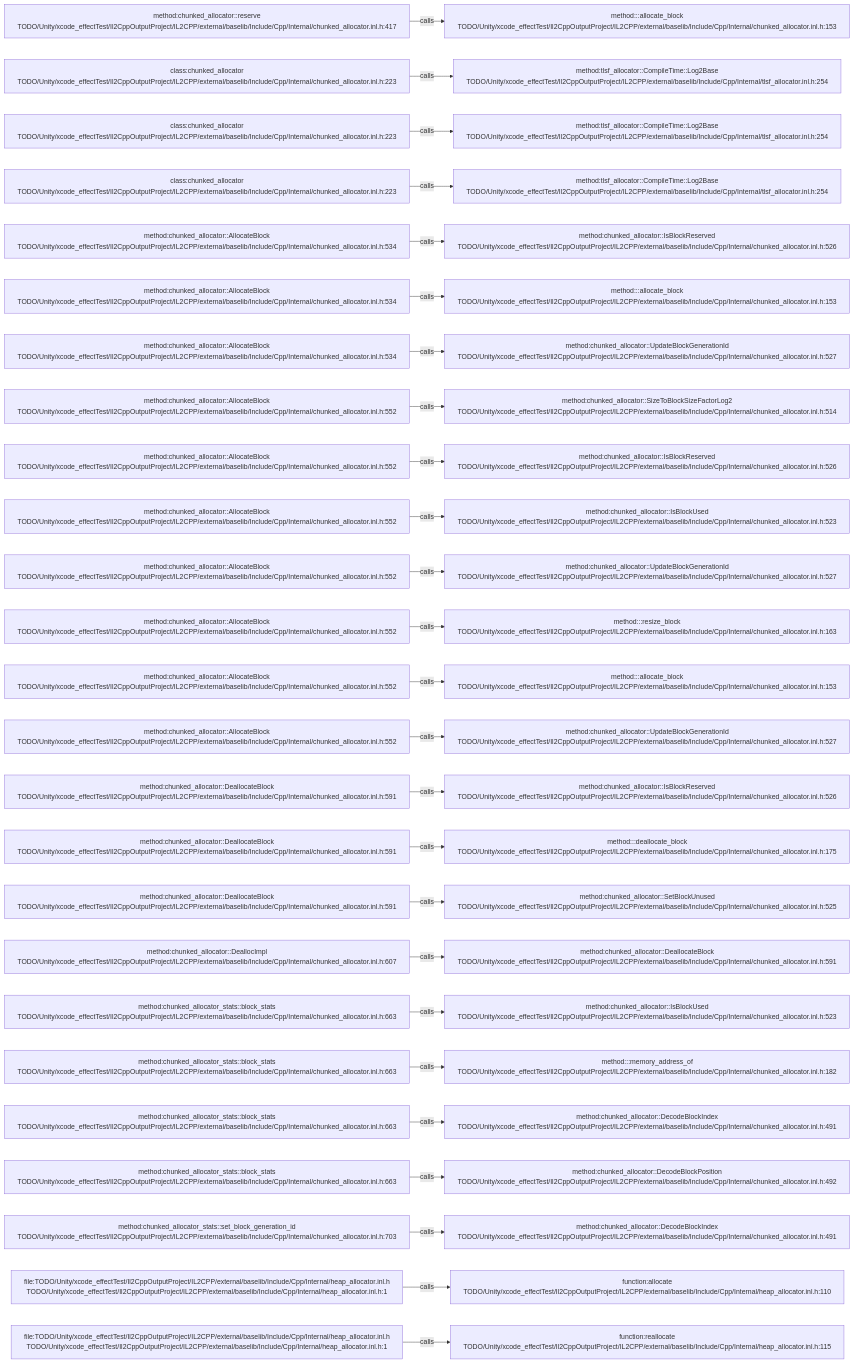
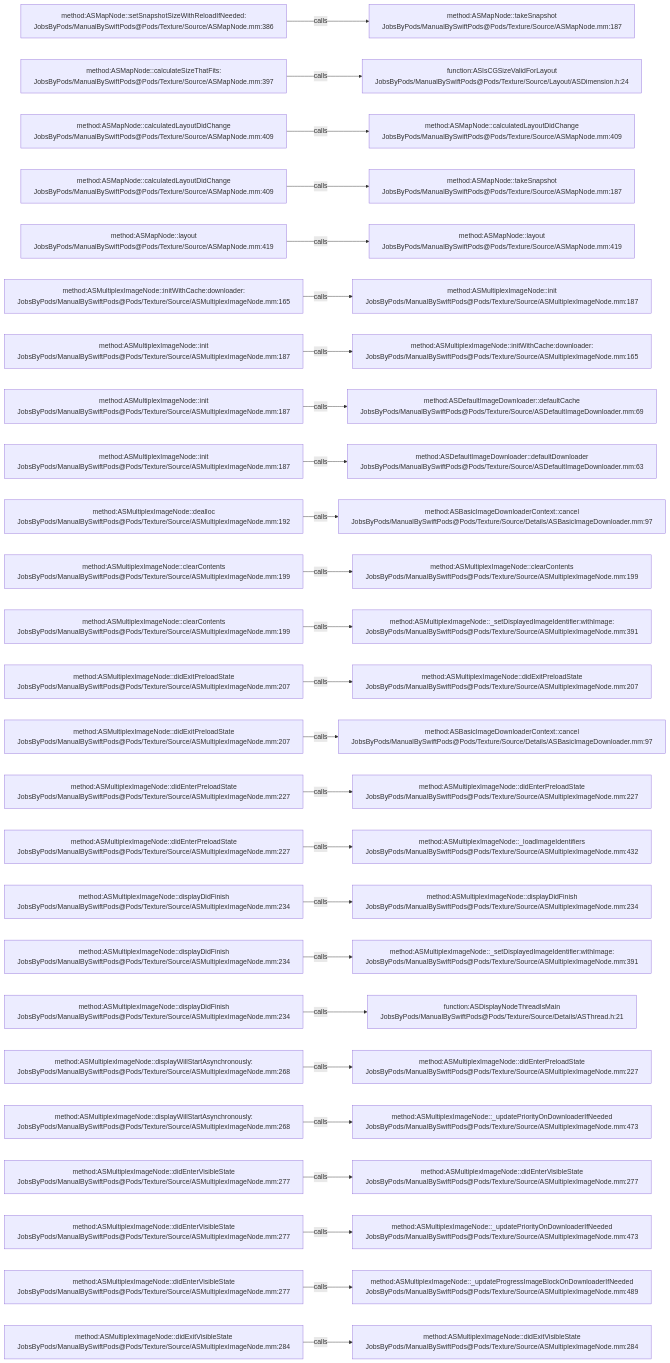
One commit to JobsKits/JobsSwiftBaseConfigDemo changed the diagram in .codegraph/codegraph.md/graphs/calls-065.md. Above: the diagram before and after it, drawn with Mermaid. The commit also changed 2959 other files, not shown here.

````diff
--- a/.codegraph/codegraph.md/graphs/calls-065.md
+++ b/.codegraph/codegraph.md/graphs/calls-065.md
@@ -13,78 +13,78 @@
 ```mermaid
 flowchart LR
-  S1["method:chunked_allocator::reserve<br/>TODO/Unity/xcode_effectTest/Il2CppOutputProject/IL2CPP/external/baselib/Include/Cpp/Internal/chunked_allocator.inl.h:417"]
-  T1["method:<anonymous>::allocate_block<br/>TODO/Unity/xcode_effectTest/Il2CppOutputProject/IL2CPP/external/baselib/Include/Cpp/Internal/chunked_allocator.inl.h:153"]
+  S1["method:ASMapNode::setSnapshotSizeWithReloadIfNeeded:<br/>JobsByPods/ManualBySwiftPods@Pods/Texture/Source/ASMapNode.mm:386"]
+  T1["method:ASMapNode::takeSnapshot<br/>JobsByPods/ManualBySwiftPods@Pods/Texture/Source/ASMapNode.mm:187"]
   S1 -->|calls| T1
-  S2["class:chunked_allocator<br/>TODO/Unity/xcode_effectTest/Il2CppOutputProject/IL2CPP/external/baselib/Include/Cpp/Internal/chunked_allocator.inl.h:223"]
-  T2["method:tlsf_allocator::CompileTime::Log2Base<br/>TODO/Unity/xcode_effectTest/Il2CppOutputProject/IL2CPP/external/baselib/Include/Cpp/Internal/tlsf_allocator.inl.h:254"]
+  S2["method:ASMapNode::calculateSizeThatFits:<br/>JobsByPods/ManualBySwiftPods@Pods/Texture/Source/ASMapNode.mm:397"]
+  T2["function:ASIsCGSizeValidForLayout<br/>JobsByPods/ManualBySwiftPods@Pods/Texture/Source/Layout/ASDimension.h:24"]
   S2 -->|calls| T2
-  S3["class:chunked_allocator<br/>TODO/Unity/xcode_effectTest/Il2CppOutputProject/IL2CPP/external/baselib/Include/Cpp/Internal/chunked_allocator.inl.h:223"]
-  T3["method:tlsf_allocator::CompileTime::Log2Base<br/>TODO/Unity/xcode_effectTest/Il2CppOutputProject/IL2CPP/external/baselib/Include/Cpp/Internal/tlsf_allocator.inl.h:254"]
+  S3["method:ASMapNode::calculatedLayoutDidChange<br/>JobsByPods/ManualBySwiftPods@Pods/Texture/Source/ASMapNode.mm:409"]
+  T3["method:ASMapNode::calculatedLayoutDidChange<br/>JobsByPods/ManualBySwiftPods@Pods/Texture/Source/ASMapNode.mm:409"]
   S3 -->|calls| T3
-  S4["class:chunked_allocator<br/>TODO/Unity/xcode_effectTest/Il2CppOutputProject/IL2CPP/external/baselib/Include/Cpp/Internal/chunked_allocator.inl.h:223"]
-  T4["method:tlsf_allocator::CompileTime::Log2Base<br/>TODO/Unity/xcode_effectTest/Il2CppOutputProject/IL2CPP/external/baselib/Include/Cpp/Internal/tlsf_allocator.inl.h:254"]
+  S4["method:ASMapNode::calculatedLayoutDidChange<br/>JobsByPods/ManualBySwiftPods@Pods/Texture/Source/ASMapNode.mm:409"]
+  T4["method:ASMapNode::takeSnapshot<br/>JobsByPods/ManualBySwiftPods@Pods/Texture/Source/ASMapNode.mm:187"]
   S4 -->|calls| T4
-  S5["method:chunked_allocator::AllocateBlock<br/>TODO/Unity/xcode_effectTest/Il2CppOutputProject/IL2CPP/external/baselib/Include/Cpp/Internal/chunked_allocator.inl.h:534"]
-  T5["method:chunked_allocator::IsBlockReserved<br/>TODO/Unity/xcode_effectTest/Il2CppOutputProject/IL2CPP/external/baselib/Include/Cpp/Internal/chunked_allocator.inl.h:526"]
+  S5["method:ASMapNode::layout<br/>JobsByPods/ManualBySwiftPods@Pods/Texture/Source/ASMapNode.mm:419"]
+  T5["method:ASMapNode::layout<br/>JobsByPods/ManualBySwiftPods@Pods/Texture/Source/ASMapNode.mm:419"]
   S5 -->|calls| T5
-  S6["method:chunked_allocator::AllocateBlock<br/>TODO/Unity/xcode_effectTest/Il2CppOutputProject/IL2CPP/external/baselib/Include/Cpp/Internal/chunked_allocator.inl.h:534"]
-  T6["method:<anonymous>::allocate_block<br/>TODO/Unity/xcode_effectTest/Il2CppOutputProject/IL2CPP/external/baselib/Include/Cpp/Internal/chunked_allocator.inl.h:153"]
+  S6["method:ASMultiplexImageNode::initWithCache:downloader:<br/>JobsByPods/ManualBySwiftPods@Pods/Texture/Source/ASMultiplexImageNode.mm:165"]
+  T6["method:ASMultiplexImageNode::init<br/>JobsByPods/ManualBySwiftPods@Pods/Texture/Source/ASMultiplexImageNode.mm:187"]
   S6 -->|calls| T6
-  S7["method:chunked_allocator::AllocateBlock<br/>TODO/Unity/xcode_effectTest/Il2CppOutputProject/IL2CPP/external/baselib/Include/Cpp/Internal/chunked_allocator.inl.h:534"]
-  T7["method:chunked_allocator::UpdateBlockGenerationId<br/>TODO/Unity/xcode_effectTest/Il2CppOutputProject/IL2CPP/external/baselib/Include/Cpp/Internal/chunked_allocator.inl.h:527"]
+  S7["method:ASMultiplexImageNode::init<br/>JobsByPods/ManualBySwiftPods@Pods/Texture/Source/ASMultiplexImageNode.mm:187"]
+  T7["method:ASMultiplexImageNode::initWithCache:downloader:<br/>JobsByPods/ManualBySwiftPods@Pods/Texture/Source/ASMultiplexImageNode.mm:165"]
   S7 -->|calls| T7
-  S8["method:chunked_allocator::AllocateBlock<br/>TODO/Unity/xcode_effectTest/Il2CppOutputProject/IL2CPP/external/baselib/Include/Cpp/Internal/chunked_allocator.inl.h:552"]
-  T8["method:chunked_allocator::SizeToBlockSizeFactorLog2<br/>TODO/Unity/xcode_effectTest/Il2CppOutputProject/IL2CPP/external/baselib/Include/Cpp/Internal/chunked_allocator.inl.h:514"]
+  S8["method:ASMultiplexImageNode::init<br/>JobsByPods/ManualBySwiftPods@Pods/Texture/Source/ASMultiplexImageNode.mm:187"]
+  T8["method:ASDefaultImageDownloader::defaultCache<br/>JobsByPods/ManualBySwiftPods@Pods/Texture/Source/ASDefaultImageDownloader.mm:69"]
   S8 -->|calls| T8
-  S9["method:chunked_allocator::AllocateBlock<br/>TODO/Unity/xcode_effectTest/Il2CppOutputProject/IL2CPP/external/baselib/Include/Cpp/Internal/chunked_allocator.inl.h:552"]
-  T9["method:chunked_allocator::IsBlockReserved<br/>TODO/Unity/xcode_effectTest/Il2CppOutputProject/IL2CPP/external/baselib/Include/Cpp/Internal/chunked_allocator.inl.h:526"]
+  S9["method:ASMultiplexImageNode::init<br/>JobsByPods/ManualBySwiftPods@Pods/Texture/Source/ASMultiplexImageNode.mm:187"]
+  T9["method:ASDefaultImageDownloader::defaultDownloader<br/>JobsByPods/ManualBySwiftPods@Pods/Texture/Source/ASDefaultImageDownloader.mm:63"]
   S9 -->|calls| T9
-  S10["method:chunked_allocator::AllocateBlock<br/>TODO/Unity/xcode_effectTest/Il2CppOutputProject/IL2CPP/external/baselib/Include/Cpp/Internal/chunked_allocator.inl.h:552"]
-  T10["method:chunked_allocator::IsBlockUsed<br/>TODO/Unity/xcode_effectTest/Il2CppOutputProject/IL2CPP/external/baselib/Include/Cpp/Internal/chunked_allocator.inl.h:523"]
+  S10["method:ASMultiplexImageNode::dealloc<br/>JobsByPods/ManualBySwiftPods@Pods/Texture/Source/ASMultiplexImageNode.mm:192"]
+  T10["method:ASBasicImageDownloaderContext::cancel<br/>JobsByPods/ManualBySwiftPods@Pods/Texture/Source/Details/ASBasicImageDownloader.mm:97"]
   S10 -->|calls| T10
-  S11["method:chunked_allocator::AllocateBlock<br/>TODO/Unity/xcode_effectTest/Il2CppOutputProject/IL2CPP/external/baselib/Include/Cpp/Internal/chunked_allocator.inl.h:552"]
-  T11["method:chunked_allocator::UpdateBlockGenerationId<br/>TODO/Unity/xcode_effectTest/Il2CppOutputProject/IL2CPP/external/baselib/Include/Cpp/Internal/chunked_allocator.inl.h:527"]
+  S11["method:ASMultiplexImageNode::clearContents<br/>JobsByPods/ManualBySwiftPods@Pods/Texture/Source/ASMultiplexImageNode.mm:199"]
+  T11["method:ASMultiplexImageNode::clearContents<br/>JobsByPods/ManualBySwiftPods@Pods/Texture/Source/ASMultiplexImageNode.mm:199"]
   S11 -->|calls| T11
-  S12["method:chunked_allocator::AllocateBlock<br/>TODO/Unity/xcode_effectTest/Il2CppOutputProject/IL2CPP/external/baselib/Include/Cpp/Internal/chunked_allocator.inl.h:552"]
-  T12["method:<anonymous>::resize_block<br/>TODO/Unity/xcode_effectTest/Il2CppOutputProject/IL2CPP/external/baselib/Include/Cpp/Internal/chunked_allocator.inl.h:163"]
+  S12["method:ASMultiplexImageNode::clearContents<br/>JobsByPods/ManualBySwiftPods@Pods/Texture/Source/ASMultiplexImageNode.mm:199"]
+  T12["method:ASMultiplexImageNode::_setDisplayedImageIdentifier:withImage:<br/>JobsByPods/ManualBySwiftPods@Pods/Texture/Source/ASMultiplexImageNode.mm:391"]
   S12 -->|calls| T12
-  S13["method:chunked_allocator::AllocateBlock<br/>TODO/Unity/xcode_effectTest/Il2CppOutputProject/IL2CPP/external/baselib/Include/Cpp/Internal/chunked_allocator.inl.h:552"]
-  T13["method:<anonymous>::allocate_block<br/>TODO/Unity/xcode_effectTest/Il2CppOutputProject/IL2CPP/external/baselib/Include/Cpp/Internal/chunked_allocator.inl.h:153"]
+  S13["method:ASMultiplexImageNode::didExitPreloadState<br/>JobsByPods/ManualBySwiftPods@Pods/Texture/Source/ASMultiplexImageNode.mm:207"]
+  T13["method:ASMultiplexImageNode::didExitPreloadState<br/>JobsByPods/ManualBySwiftPods@Pods/Texture/Source/ASMultiplexImageNode.mm:207"]
   S13 -->|calls| T13
-  S14["method:chunked_allocator::AllocateBlock<br/>TODO/Unity/xcode_effectTest/Il2CppOutputProject/IL2CPP/external/baselib/Include/Cpp/Internal/chunked_allocator.inl.h:552"]
-  T14["method:chunked_allocator::UpdateBlockGenerationId<br/>TODO/Unity/xcode_effectTest/Il2CppOutputProject/IL2CPP/external/baselib/Include/Cpp/Internal/chunked_allocator.inl.h:527"]
+  S14["method:ASMultiplexImageNode::didExitPreloadState<br/>JobsByPods/ManualBySwiftPods@Pods/Texture/Source/ASMultiplexImageNode.mm:207"]
+  T14["method:ASBasicImageDownloaderContext::cancel<br/>JobsByPods/ManualBySwiftPods@Pods/Texture/Source/Details/ASBasicImageDownloader.mm:97"]
   S14 -->|calls| T14
-  S15["method:chunked_allocator::DeallocateBlock<br/>TODO/Unity/xcode_effectTest/Il2CppOutputProject/IL2CPP/external/baselib/Include/Cpp/Internal/chunked_allocator.inl.h:591"]
-  T15["method:chunked_allocator::IsBlockReserved<br/>TODO/Unity/xcode_effectTest/Il2CppOutputProject/IL2CPP/external/baselib/Include/Cpp/Internal/chunked_allocator.inl.h:526"]
+  S15["method:ASMultiplexImageNode::didEnterPreloadState<br/>JobsByPods/ManualBySwiftPods@Pods/Texture/Source/ASMultiplexImageNode.mm:227"]
+  T15["method:ASMultiplexImageNode::didEnterPreloadState<br/>JobsByPods/ManualBySwiftPods@Pods/Texture/Source/ASMultiplexImageNode.mm:227"]
   S15 -->|calls| T15
-  S16["method:chunked_allocator::DeallocateBlock<br/>TODO/Unity/xcode_effectTest/Il2CppOutputProject/IL2CPP/external/baselib/Include/Cpp/Internal/chunked_allocator.inl.h:591"]
-  T16["method:<anonymous>::deallocate_block<br/>TODO/Unity/xcode_effectTest/Il2CppOutputProject/IL2CPP/external/baselib/Include/Cpp/Internal/chunked_allocator.inl.h:175"]
+  S16["method:ASMultiplexImageNode::didEnterPreloadState<br/>JobsByPods/ManualBySwiftPods@Pods/Texture/Source/ASMultiplexImageNode.mm:227"]
+  T16["method:ASMultiplexImageNode::_loadImageIdentifiers<br/>JobsByPods/ManualBySwiftPods@Pods/Texture/Source/ASMultiplexImageNode.mm:432"]
   S16 -->|calls| T16
-  S17["method:chunked_allocator::DeallocateBlock<br/>TODO/Unity/xcode_effectTest/Il2CppOutputProject/IL2CPP/external/baselib/Include/Cpp/Internal/chunked_allocator.inl.h:591"]
-  T17["method:chunked_allocator::SetBlockUnused<br/>TODO/Unity/xcode_effectTest/Il2CppOutputProject/IL2CPP/external/baselib/Include/Cpp/Internal/chunked_allocator.inl.h:525"]
+  S17["method:ASMultiplexImageNode::displayDidFinish<br/>JobsByPods/ManualBySwiftPods@Pods/Texture/Source/ASMultiplexImageNode.mm:234"]
+  T17["method:ASMultiplexImageNode::displayDidFinish<br/>JobsByPods/ManualBySwiftPods@Pods/Texture/Source/ASMultiplexImageNode.mm:234"]
   S17 -->|calls| T17
-  S18["method:chunked_allocator::DeallocImpl<br/>TODO/Unity/xcode_effectTest/Il2CppOutputProject/IL2CPP/external/baselib/Include/Cpp/Internal/chunked_allocator.inl.h:607"]
-  T18["method:chunked_allocator::DeallocateBlock<br/>TODO/Unity/xcode_effectTest/Il2CppOutputProject/IL2CPP/external/baselib/Include/Cpp/Internal/chunked_allocator.inl.h:591"]
+  S18["method:ASMultiplexImageNode::displayDidFinish<br/>JobsByPods/ManualBySwiftPods@Pods/Texture/Source/ASMultiplexImageNode.mm:234"]
+  T18["method:ASMultiplexImageNode::_setDisplayedImageIdentifier:withImage:<br/>JobsByPods/ManualBySwiftPods@Pods/Texture/Source/ASMultiplexImageNode.mm:391"]
   S18 -->|calls| T18
-  S19["method:chunked_allocator_stats::block_stats<br/>TODO/Unity/xcode_effectTest/Il2CppOutputProject/IL2CPP/external/baselib/Include/Cpp/Internal/chunked_allocator.inl.h:663"]
-  T19["method:chunked_allocator::IsBlockUsed<br/>TODO/Unity/xcode_effectTest/Il2CppOutputProject/IL2CPP/external/baselib/Include/Cpp/Internal/chunked_allocator.inl.h:523"]
+  S19["method:ASMultiplexImageNode::displayDidFinish<br/>JobsByPods/ManualBySwiftPods@Pods/Texture/Source/ASMultiplexImageNode.mm:234"]
+  T19["function:ASDisplayNodeThreadIsMain<br/>JobsByPods/ManualBySwiftPods@Pods/Texture/Source/Details/ASThread.h:21"]
   S19 -->|calls| T19
-  S20["method:chunked_allocator_stats::block_stats<br/>TODO/Unity/xcode_effectTest/Il2CppOutputProject/IL2CPP/external/baselib/Include/Cpp/Internal/chunked_allocator.inl.h:663"]
-  T20["method:<anonymous>::memory_address_of<br/>TODO/Unity/xcode_effectTest/Il2CppOutputProject/IL2CPP/external/baselib/Include/Cpp/Internal/chunked_allocator.inl.h:182"]
+  S20["method:ASMultiplexImageNode::displayWillStartAsynchronously:<br/>JobsByPods/ManualBySwiftPods@Pods/Texture/Source/ASMultiplexImageNode.mm:268"]
+  T20["method:ASMultiplexImageNode::didEnterPreloadState<br/>JobsByPods/ManualBySwiftPods@Pods/Texture/Source/ASMultiplexImageNode.mm:227"]
   S20 -->|calls| T20
-  S21["method:chunked_allocator_stats::block_stats<br/>TODO/Unity/xcode_effectTest/Il2CppOutputProject/IL2CPP/external/baselib/Include/Cpp/Internal/chunked_allocator.inl.h:663"]
-  T21["method:chunked_allocator::DecodeBlockIndex<br/>TODO/Unity/xcode_effectTest/Il2CppOutputProject/IL2CPP/external/baselib/Include/Cpp/Internal/chunked_allocator.inl.h:491"]
+  S21["method:ASMultiplexImageNode::displayWillStartAsynchronously:<br/>JobsByPods/ManualBySwiftPods@Pods/Texture/Source/ASMultiplexImageNode.mm:268"]
+  T21["method:ASMultiplexImageNode::_updatePriorityOnDownloaderIfNeeded<br/>JobsByPods/ManualBySwiftPods@Pods/Texture/Source/ASMultiplexImageNode.mm:473"]
   S21 -->|calls| T21
-  S22["method:chunked_allocator_stats::block_stats<br/>TODO/Unity/xcode_effectTest/Il2CppOutputProject/IL2CPP/external/baselib/Include/Cpp/Internal/chunked_allocator.inl.h:663"]
-  T22["method:chunked_allocator::DecodeBlockPosition<br/>TODO/Unity/xcode_effectTest/Il2CppOutputProject/IL2CPP/external/baselib/Include/Cpp/Internal/chunked_allocator.inl.h:492"]
+  S22["method:ASMultiplexImageNode::didEnterVisibleState<br/>JobsByPods/ManualBySwiftPods@Pods/Texture/Source/ASMultiplexImageNode.mm:277"]
+  T22["method:ASMultiplexImageNode::didEnterVisibleState<br/>JobsByPods/ManualBySwiftPods@Pods/Texture/Source/ASMultiplexImageNode.mm:277"]
   S22 -->|calls| T22
-  S23["method:chunked_allocator_stats::set_block_generation_id<br/>TODO/Unity/xcode_effectTest/Il2CppOutputProject/IL2CPP/external/baselib/Include/Cpp/Internal/chunked_allocator.inl.h:703"]
-  T23["method:chunked_allocator::DecodeBlockIndex<br/>TODO/Unity/xcode_effectTest/Il2CppOutputProject/IL2CPP/external/baselib/Include/Cpp/Internal/chunked_allocator.inl.h:491"]
+  S23["method:ASMultiplexImageNode::didEnterVisibleState<br/>JobsByPods/ManualBySwiftPods@Pods/Texture/Source/ASMultiplexImageNode.mm:277"]
+  T23["method:ASMultiplexImageNode::_updatePriorityOnDownloaderIfNeeded<br/>JobsByPods/ManualBySwiftPods@Pods/Texture/Source/ASMultiplexImageNode.mm:473"]
   S23 -->|calls| T23
-  S24["file:TODO/Unity/xcode_effectTest/Il2CppOutputProject/IL2CPP/external/baselib/Include/Cpp/Internal/heap_allocator.inl.h<br/>TODO/Unity/xcode_effectTest/Il2CppOutputProject/IL2CPP/external/baselib/Include/Cpp/Internal/heap_allocator.inl.h:1"]
-  T24["function:allocate<br/>TODO/Unity/xcode_effectTest/Il2CppOutputProject/IL2CPP/external/baselib/Include/Cpp/Internal/heap_allocator.inl.h:110"]
+  S24["method:ASMultiplexImageNode::didEnterVisibleState<br/>JobsByPods/ManualBySwiftPods@Pods/Texture/Source/ASMultiplexImageNode.mm:277"]
+  T24["method:ASMultiplexImageNode::_updateProgressImageBlockOnDownloaderIfNeeded<br/>JobsByPods/ManualBySwiftPods@Pods/Texture/Source/ASMultiplexImageNode.mm:489"]
   S24 -->|calls| T24
-  S25["file:TODO/Unity/xcode_effectTest/Il2CppOutputProject/IL2CPP/external/baselib/Include/Cpp/Internal/heap_allocator.inl.h<br/>TODO/Unity/xcode_effectTest/Il2CppOutputProject/IL2CPP/external/baselib/Include/Cpp/Internal/heap_allocator.inl.h:1"]
-  T25["function:reallocate<br/>TODO/Unity/xcode_effectTest/Il2CppOutputProject/IL2CPP/external/baselib/Include/Cpp/Internal/heap_allocator.inl.h:115"]
+  S25["method:ASMultiplexImageNode::didExitVisibleState<br/>JobsByPods/ManualBySwiftPods@Pods/Texture/Source/ASMultiplexImageNode.mm:284"]
+  T25["method:ASMultiplexImageNode::didExitVisibleState<br/>JobsByPods/ManualBySwiftPods@Pods/Texture/Source/ASMultiplexImageNode.mm:284"]
   S25 -->|calls| T25
 ```
````
